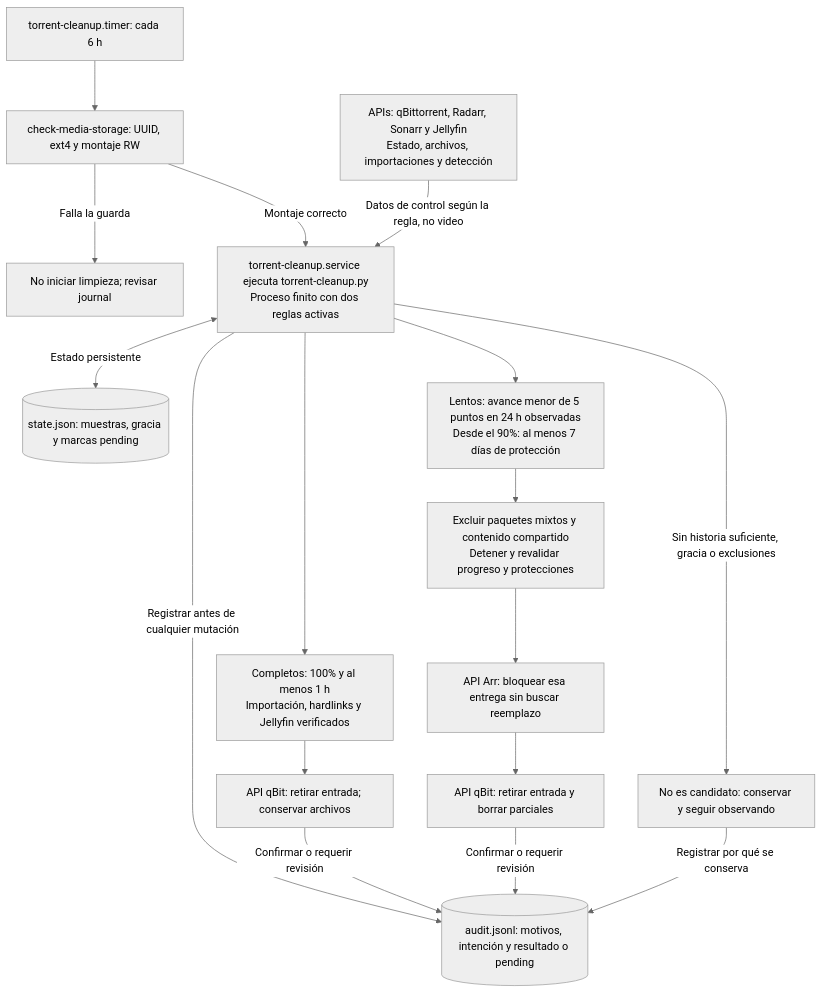
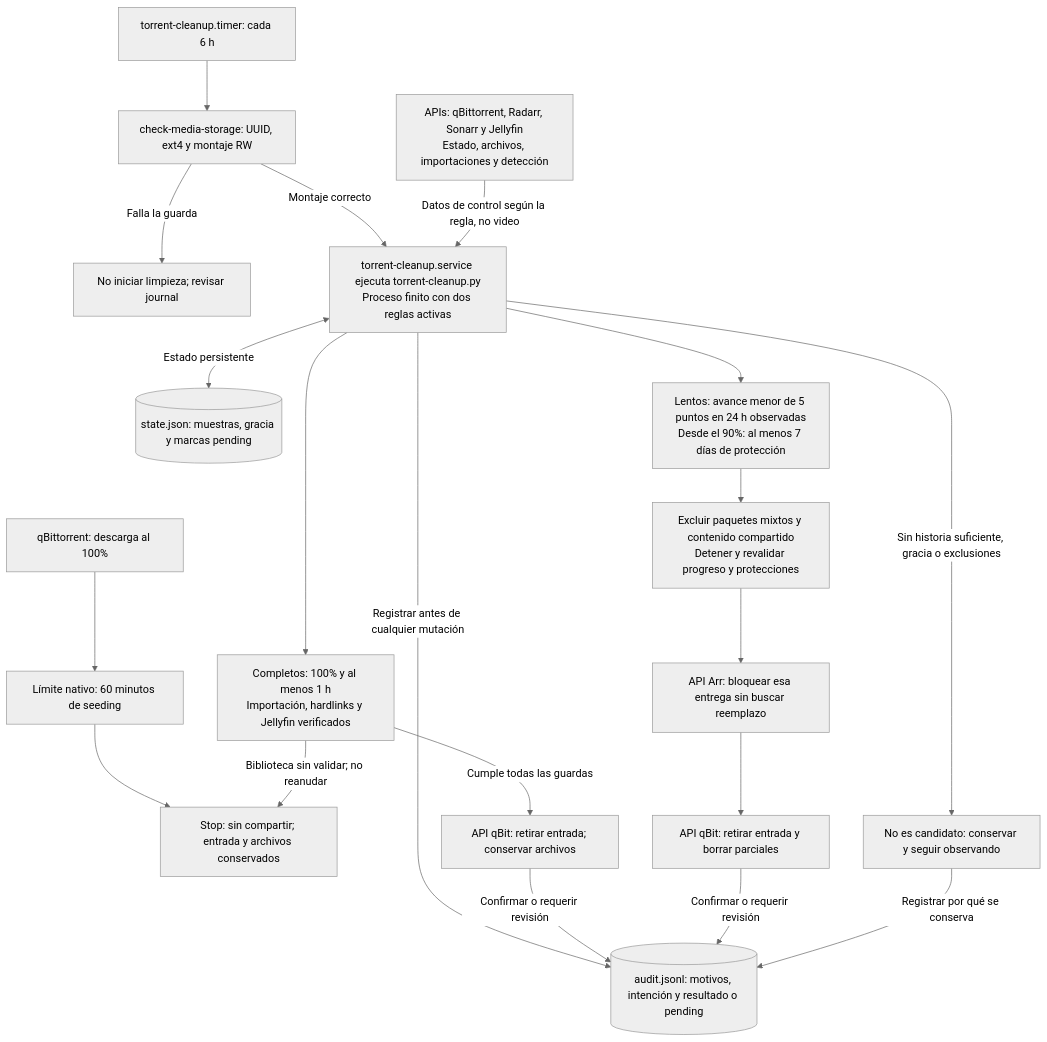
Before and after one commit to jdfesa/homelab: the second of 2 diagrams in media-server/README.md, drawn with Mermaid (neutral theme). The commit also changed other lines of this file and 6 other files, not shown here.

First line of the commit message:
fix(media-server): stop seeding after one hour

````diff
--- a/media-server/README.md
+++ b/media-server/README.md
@@ -85,38 +85,44 @@
 ```mermaid
 flowchart TB
+    seedComplete["qBittorrent: descarga al 100%"]
+    seedLimit["Límite nativo: 60 minutos de seeding"]
+    seedStopped["Stop: sin compartir; entrada y archivos conservados"]
     cleanupTimer["torrent-cleanup.timer: cada 6 h"]
     mountGuard["check-media-storage: UUID, ext4 y montaje RW"]
     blocked["No iniciar limpieza; revisar journal"]
     cleanupJob["`torrent-cleanup.service ejecuta torrent-cleanup.py
 Proceso finito con dos reglas activas`"]
     apiInputs["`APIs: qBittorrent, Radarr, Sonarr y Jellyfin
 Estado, archivos, importaciones y detección`"]
     samples[("state.json: muestras, gracia y marcas pending")]
     completeRule["`Completos: 100% y al menos 1 h
 Importación, hardlinks y Jellyfin verificados`"]
     slowRule["`Lentos: avance menor de 5 puntos en 24 h observadas
 Desde el 90%: al menos 7 días de protección`"]
     entryOnly["API qBit: retirar entrada; conservar archivos"]
     partialGuards["`Excluir paquetes mixtos y contenido compartido
 Detener y revalidar progreso y protecciones`"]
     blockRelease["API Arr: bloquear esa entrega sin buscar reemplazo"]
     deletePartial["API qBit: retirar entrada y borrar parciales"]
     retain["No es candidato: conservar y seguir observando"]
     audit[("audit.jsonl: motivos, intención y resultado o pending")]
+    seedComplete --> seedLimit
+    seedLimit --> seedStopped
     cleanupTimer --> mountGuard
     mountGuard -->|"Montaje correcto"| cleanupJob
     mountGuard -->|"Falla la guarda"| blocked
     apiInputs -->|"Datos de control según la regla, no video"| cleanupJob
     cleanupJob <-->|"Estado persistente"| samples
     cleanupJob --> completeRule
     cleanupJob --> slowRule
     cleanupJob -->|"Sin historia suficiente, gracia o exclusiones"| retain
-    completeRule --> entryOnly
+    completeRule -->|"Cumple todas las guardas"| entryOnly
+    completeRule -->|"Biblioteca sin validar; no reanudar"| seedStopped
     slowRule --> partialGuards
     partialGuards --> blockRelease
     blockRelease --> deletePartial
     cleanupJob -->|"Registrar antes de cualquier mutación"| audit
     entryOnly -->|"Confirmar o requerir revisión"| audit
     deletePartial -->|"Confirmar o requerir revisión"| audit
     retain -->|"Registrar por qué se conserva"| audit
 ```
````
